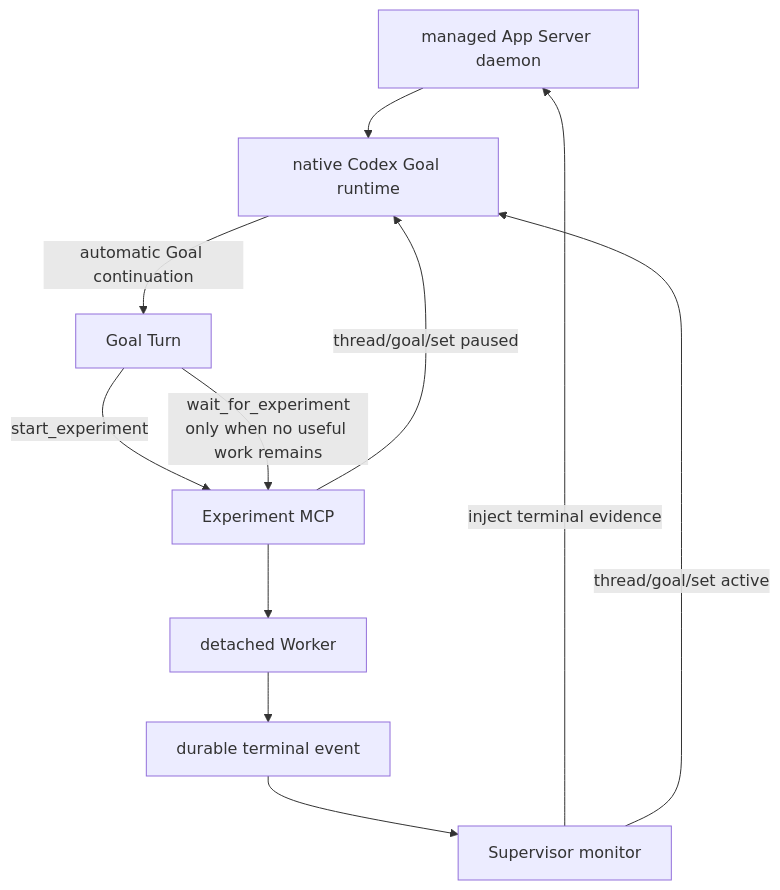
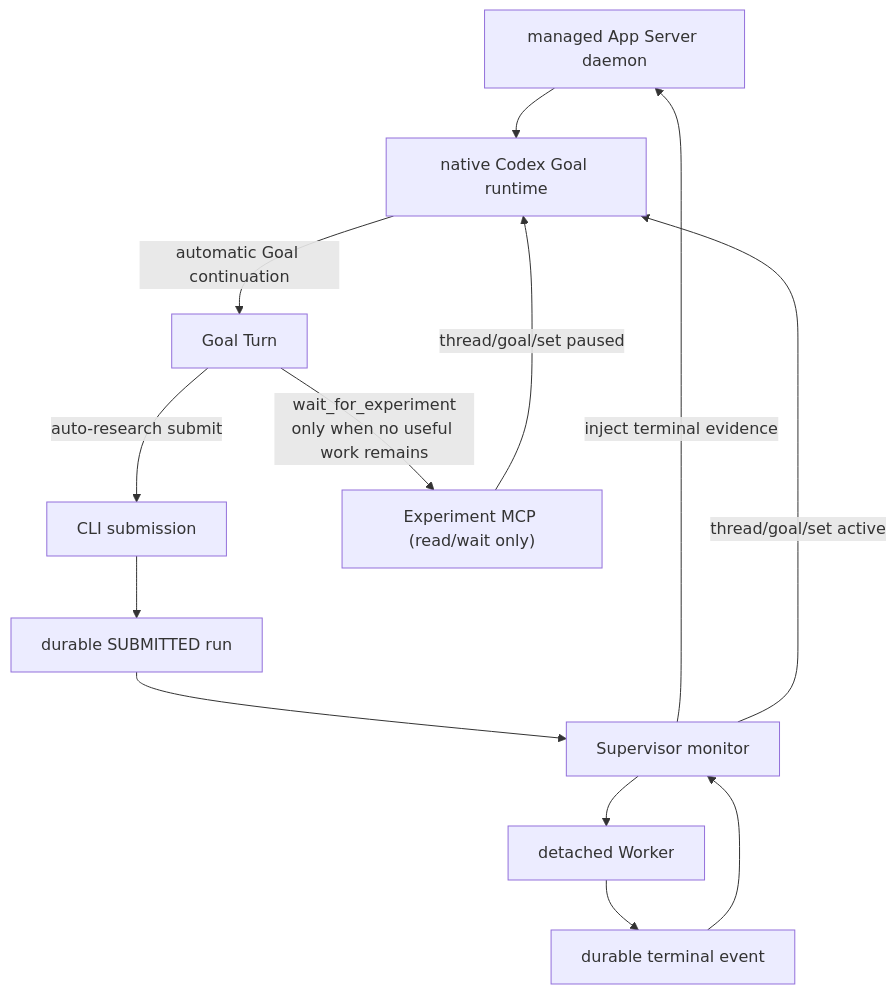
One commit to dollarser/codex-auto-research changed the diagram in README.md. Above: the diagram before and after it, drawn with Mermaid. The commit also changed other lines of this file and 22 other files, not shown here.

Commit message:
feat: simplify app server research supervisor

````diff
--- a/README.md
+++ b/README.md
@@ -10,13 +10,15 @@
 ```mermaid
 flowchart TD
     D["managed App Server daemon"] --> G["native Codex Goal runtime"]
     G -->|"automatic Goal continuation"| T["Goal Turn"]
-    T -->|"start_experiment"| M["Experiment MCP"]
-    M --> W["detached Worker"]
-    T -->|"wait_for_experiment<br/>only when no useful work remains"| M
+    T -->|"auto-research submit"| C["CLI submission"]
+    C --> R["durable SUBMITTED run"]
+    R --> S["Supervisor monitor"]
+    S --> W["detached Worker"]
+    T -->|"wait_for_experiment<br/>only when no useful work remains"| M["Experiment MCP (read/wait only)"]
     M -->|"thread/goal/set paused"| G
     W --> E["durable terminal event"]
     E --> S["Supervisor monitor"]
     S -->|"inject terminal evidence"| D
     S -->|"thread/goal/set active"| G
 ```
````
